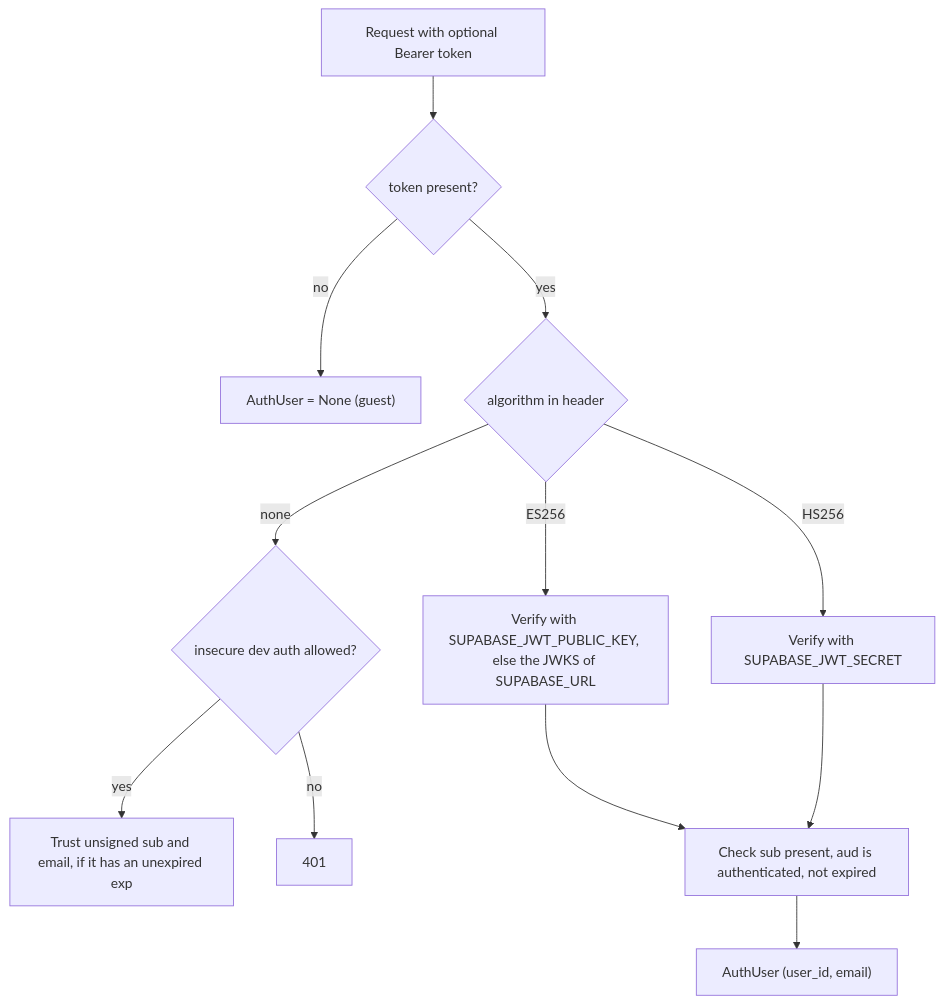
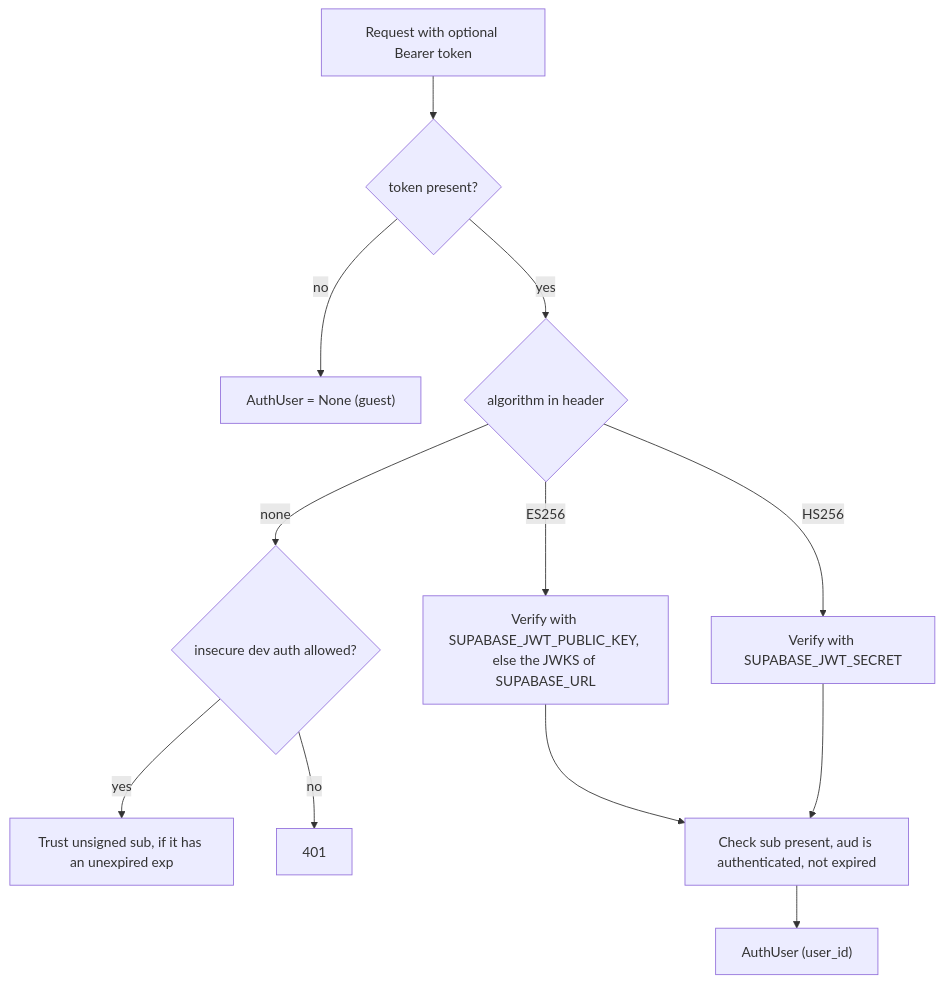
One commit to mjyousif/sloplomacy changed the first of 2 diagrams in docs/architecture/identity-and-auth.md. Above: the diagram before and after it, drawn with Mermaid. The commit also changed other lines of this file and 71 other files, not shown here.

````diff
--- a/docs/architecture/identity-and-auth.md
+++ b/docs/architecture/identity-and-auth.md
@@ -29,14 +29,14 @@
 ```mermaid
 flowchart TD
     Req["Request with optional Bearer token"] --> Has{"token present?"}
     Has -->|no| Guest["AuthUser = None (guest)"]
     Has -->|yes| Alg{"algorithm in header"}
     Alg -->|ES256| Asym["Verify with SUPABASE_JWT_PUBLIC_KEY, else the JWKS of SUPABASE_URL"]
     Alg -->|HS256| Sym["Verify with SUPABASE_JWT_SECRET"]
     Alg -->|"none"| Dev{"insecure dev auth allowed?"}
-    Dev -->|yes| Unsigned["Trust unsigned sub and email, if it has an unexpired exp"]
+    Dev -->|yes| Unsigned["Trust unsigned sub, if it has an unexpired exp"]
     Dev -->|no| Reject["401"]
     Asym --> Claims["Check sub present, aud is authenticated, not expired"]
     Sym --> Claims
-    Claims --> User["AuthUser (user_id, email)"]
+    Claims --> User["AuthUser (user_id)"]
 ```
````
